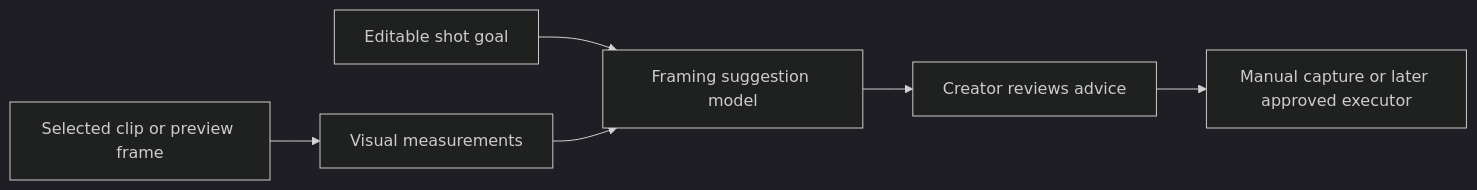
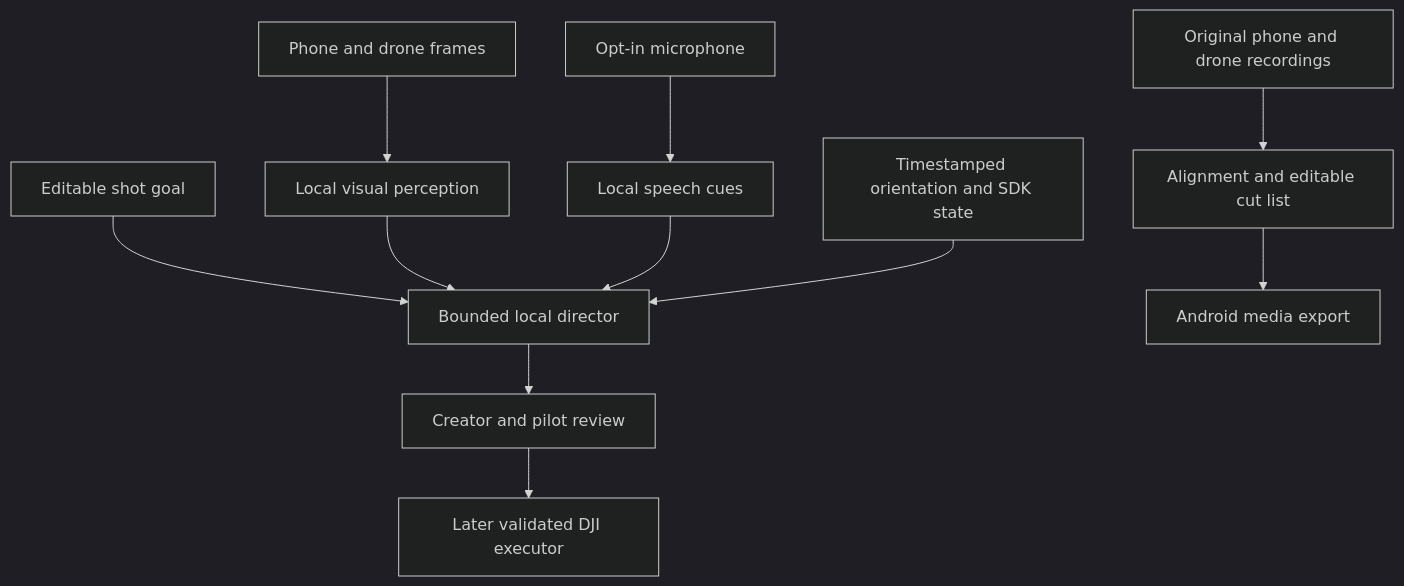
One commit to sanjuhs/iqoo-film-director changed the diagram in docs/architecture.md. Above: the diagram before and after it, drawn with Mermaid (dark theme). The commit also changed other lines of this file and 10 other files, not shown here.

````diff
--- a/docs/architecture.md
+++ b/docs/architecture.md
@@ -10,8 +12,13 @@
 ```mermaid
-flowchart LR
-  A[Editable shot goal] --> D[Framing suggestion model]
-  B[Selected clip or preview frame] --> C[Visual measurements]
+flowchart TD
+  A[Editable shot goal] --> D[Bounded local director]
+  B[Phone and drone frames] --> C[Local visual perception]
+  M[Opt-in microphone] --> S[Local speech cues]
   C --> D
-  D --> E[Creator reviews advice]
-  E --> F[Manual capture or later approved executor]
+  S --> D
+  T[Timestamped orientation and SDK state] --> D
+  D --> E[Creator and pilot review]
+  E --> F[Later validated DJI executor]
+  O[Original phone and drone recordings] --> V[Alignment and editable cut list]
+  V --> X[Android media export]
 ```
````
